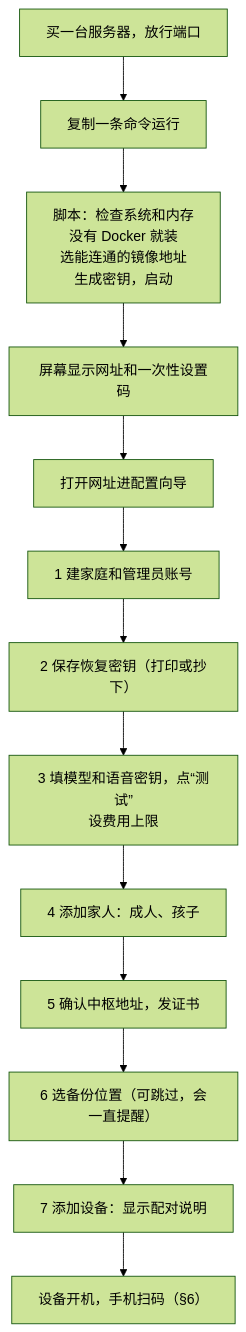
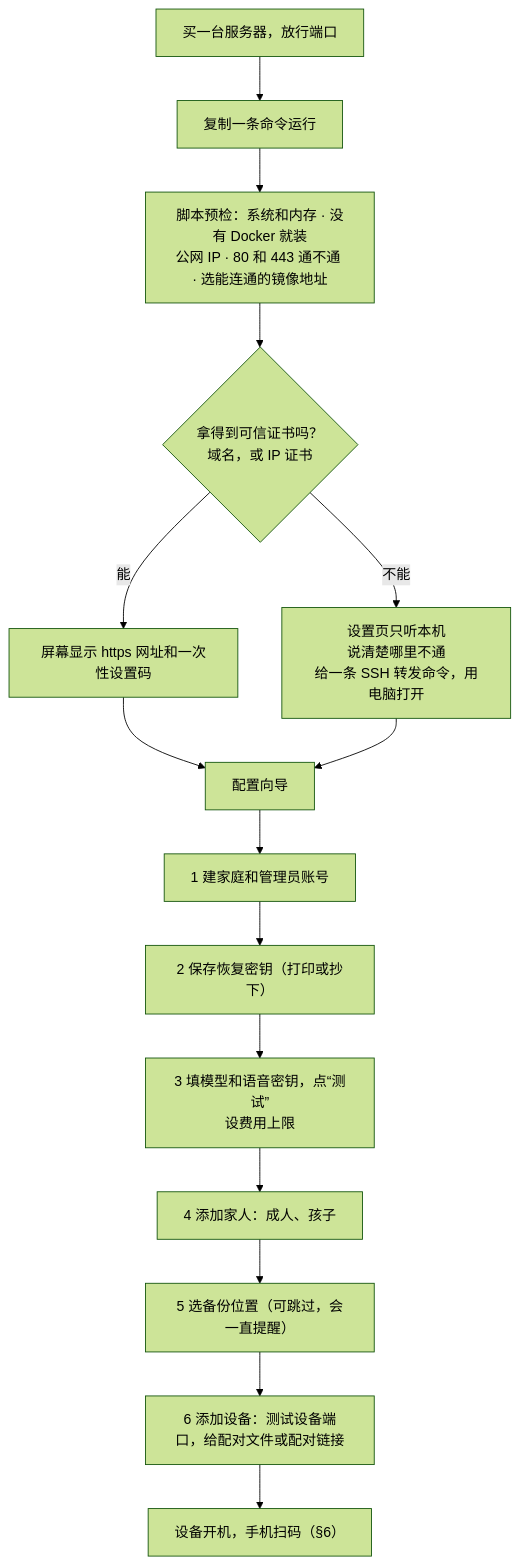
The third of 16 diagrams in docs/hub/hub-architecture.md (Gidean-zcx/ink), drawn with Mermaid (forest theme) before and after one commit. The commit also changed other lines of this file and 16 other files, not shown here.

````diff
--- a/docs/hub/hub-architecture.md
+++ b/docs/hub/hub-architecture.md
@@ -241,15 +257,17 @@
 ```mermaid
 flowchart TB
   A["买一台服务器，放行端口"] --> B["复制一条命令运行"]
-  B --> C["脚本：检查系统和内存<br/>没有 Docker 就装<br/>选能连通的镜像地址<br/>生成密钥，启动"]
-  C --> D["屏幕显示网址和一次性设置码"]
-  D --> E["打开网址进配置向导"]
-  E --> F["1 建家庭和管理员账号"]
-  F --> G["2 保存恢复密钥（打印或抄下）"]
-  G --> H["3 填模型和语音密钥，点“测试”<br/>设费用上限"]
-  H --> I["4 添加家人：成人、孩子"]
-  I --> J["5 确认中枢地址，发证书"]
-  J --> K["6 选备份位置（可跳过，会一直提醒）"]
-  K --> L["7 添加设备：显示配对说明"]
-  L --> M["设备开机，手机扫码（§6）"]
+  B --> C["脚本预检：系统和内存 · 没有 Docker 就装<br/>公网 IP · 80 和 443 通不通 · 选能连通的镜像地址"]
+  C --> D{"拿得到可信证书吗？<br/>域名，或 IP 证书"}
+  D -- "能" --> E["屏幕显示 https 网址和一次性设置码"]
+  D -- "不能" --> F["设置页只听本机<br/>说清楚哪里不通<br/>给一条 SSH 转发命令，用电脑打开"]
+  E --> G["配置向导"]
+  F --> G
+  G --> H["1 建家庭和管理员账号"]
+  H --> I["2 保存恢复密钥（打印或抄下）"]
+  I --> J["3 填模型和语音密钥，点“测试”<br/>设费用上限"]
+  J --> K["4 添加家人：成人、孩子"]
+  K --> L["5 选备份位置（可跳过，会一直提醒）"]
+  L --> M["6 添加设备：测试设备端口，给配对文件或配对链接"]
+  M --> N["设备开机，手机扫码（§6）"]
 ```
````
